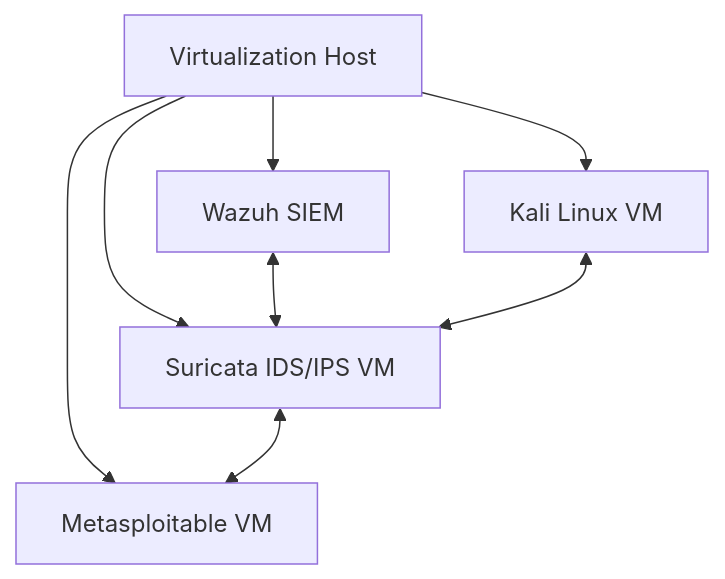
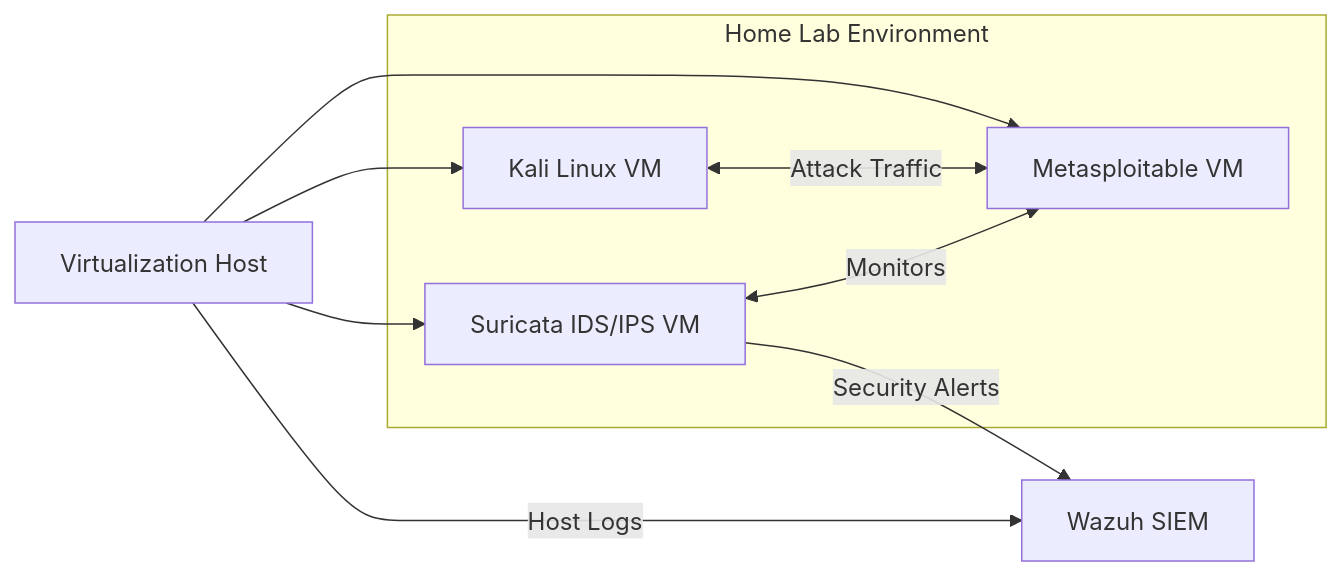
Before and after one commit to BrettPridemore/Cybersecurity-Home-Lab: the diagram in README.md, drawn with Mermaid.

````diff
--- a/README.md
+++ b/README.md
@@ -29,19 +29,23 @@
 ```mermaid
-graph TD
+graph LR
+ 
+SIEM["Wazuh SIEM"]
  
 HOST["Virtualization Host"]
  
-SIEM["Wazuh SIEM"]
+subgraph "Home Lab Environment"
 KALI["Kali Linux VM"]
 IDS["Suricata IDS/IPS VM"]
 META["Metasploitable VM"]
+end
  
-HOST --> SIEM
 HOST --> KALI
 HOST --> IDS
 HOST --> META
  
-SIEM <--> IDS
-KALI <--> IDS
-IDS <--> META
+KALI <-- Attack Traffic --> META
+IDS <-- Monitors --> META
+ 
+HOST -->|Host Logs| SIEM
+IDS -->|Security Alerts| SIEM
 ```
````
